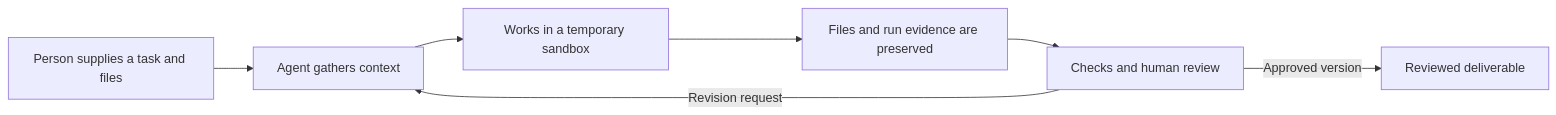
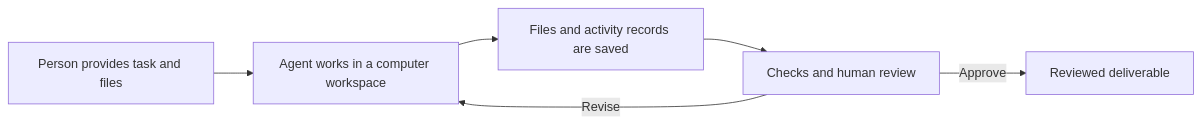
Before and after one commit to neil-yee/accounting-finance-agent: the diagram in README.md, drawn with Mermaid. The commit also changed other lines of this file and 3 other files, not shown here.

````diff
--- a/README.md
+++ b/README.md
@@ -54,9 +46,8 @@
 ```mermaid
 flowchart LR
-    A[Person supplies a task and files] --> B[Agent gathers context]
-    B --> C[Works in a temporary sandbox]
-    C --> D[Files and run evidence are preserved]
-    D --> E[Checks and human review]
-    E -->|Revision request| B
-    E -->|Approved version| F[Reviewed deliverable]
+    A[Person provides task and files] --> B[Agent works in a computer workspace]
+    B --> C[Files and activity records are saved]
+    C --> D[Checks and human review]
+    D -->|Revise| B
+    D -->|Approve| E[Reviewed deliverable]
 ```
````
